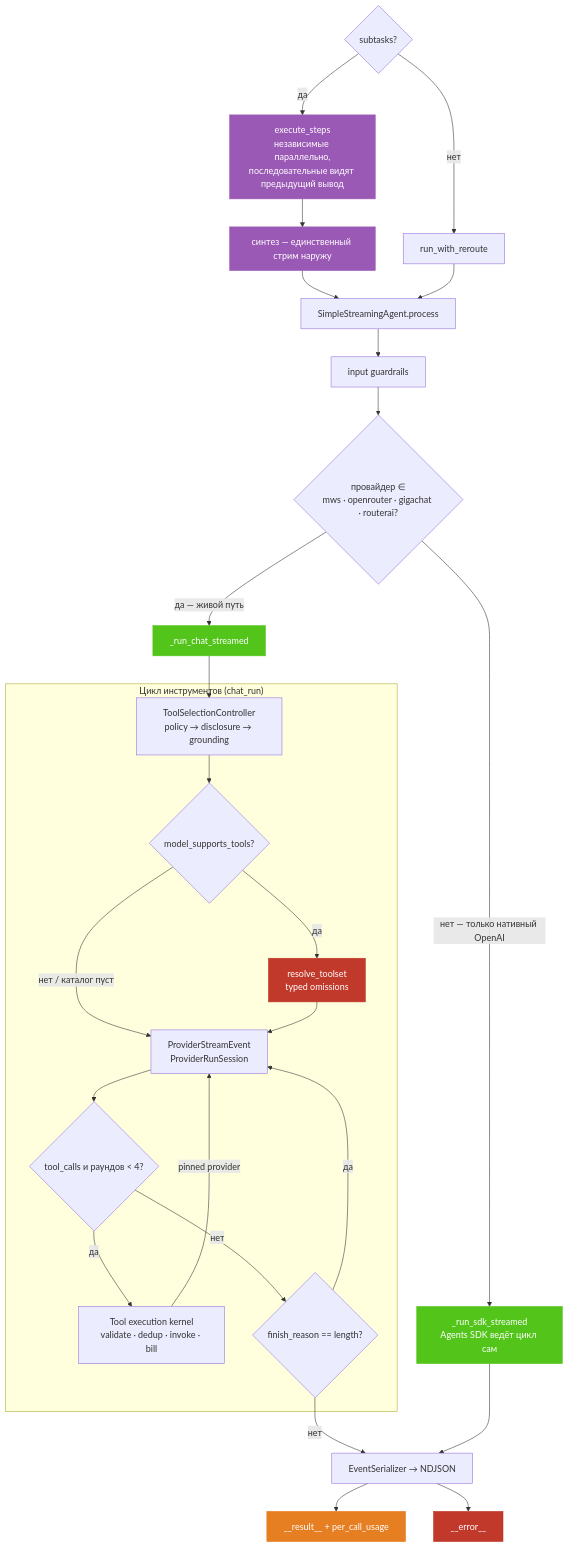
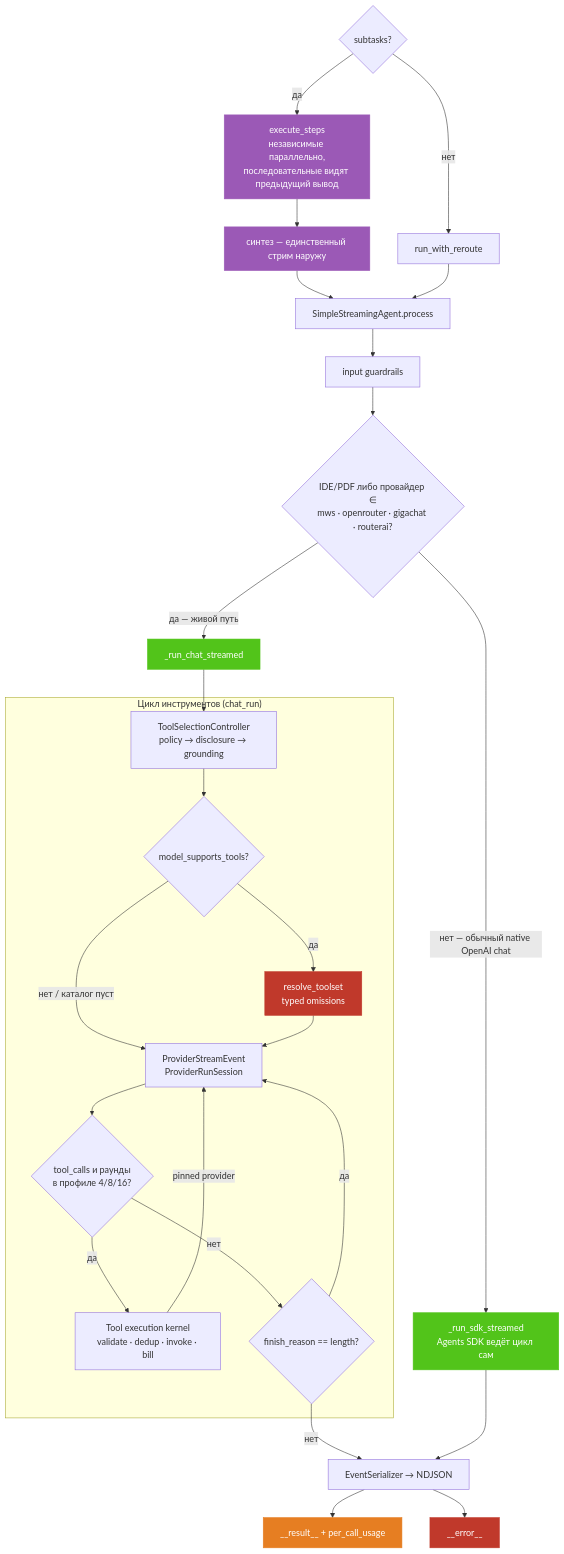
One commit to deneal123/AISCS changed the fourth of 5 diagrams in docs/architecture-current.md. Above: the diagram before and after it, drawn with Mermaid. The commit also changed other lines of this file and 648 other files, not shown here.

````diff
--- a/docs/architecture-current.md
+++ b/docs/architecture-current.md
@@ -191,52 +633,52 @@
 ```mermaid
 graph TB
     Br{"subtasks?"}
     Steps["execute_steps<br/>независимые параллельно,<br/>последовательные видят предыдущий вывод"]
     Synth["синтез — единственный стрим наружу"]
     Single["run_with_reroute"]
 
     Proc2["SimpleStreamingAgent.process"]
     Guard["input guardrails"]
-    PathQ{"провайдер ∈<br/>mws · openrouter · gigachat · routerai?"}
+    PathQ{"IDE/PDF либо провайдер ∈<br/>mws · openrouter · gigachat · routerai?"}
     Sdk["_run_sdk_streamed<br/>Agents SDK ведёт цикл сам"]
     Chat["_run_chat_streamed"]
 
     subgraph Loop["Цикл инструментов (chat_run)"]
         Tools["ToolSelectionController<br/>policy → disclosure → grounding"]
         Sup{"model_supports_tools?"}
         Appl["resolve_toolset<br/>typed omissions"]
         Stream["ProviderStreamEvent<br/>ProviderRunSession"]
-        Calls{"tool_calls и раундов < 4?"}
+        Calls{"tool_calls и раунды<br/>в профиле 4/8/16?"}
         Round["Tool execution kernel<br/>validate · dedup · invoke · bill"]
         Cont{"finish_reason == length?"}
     end
 
     Out["EventSerializer → NDJSON"]
     Res["__result__ + per_call_usage"]
     Err["__error__"]
 
     Br -- "да" --> Steps --> Synth --> Proc2
     Br -- "нет" --> Single --> Proc2
     Proc2 --> Guard --> PathQ
     PathQ -- "да — живой путь" --> Chat --> Tools
-    PathQ -- "нет — только нативный OpenAI" --> Sdk
+    PathQ -- "нет — обычный native OpenAI chat" --> Sdk
     Tools --> Sup
     Sup -- "нет / каталог пуст" --> Stream
     Sup -- "да" --> Appl --> Stream
     Stream --> Calls
     Calls -- "да" --> Round -- "pinned provider" --> Stream
     Calls -- "нет" --> Cont
     Cont -- "да" --> Stream
     Cont -- "нет" --> Out
     Sdk --> Out
     Out --> Res
     Out --> Err
 
     style Steps fill:#9b59b6,stroke:#9b59b6,color:#fff
     style Synth fill:#9b59b6,stroke:#9b59b6,color:#fff
     style Chat fill:#52c41a,stroke:#52c41a,color:#fff
     style Sdk fill:#52c41a,stroke:#52c41a,color:#fff
     style Appl fill:#c0392b,stroke:#c0392b,color:#fff
     style Res fill:#e67e22,stroke:#e67e22,color:#fff
     style Err fill:#c0392b,stroke:#c0392b,color:#fff
 ```
````
